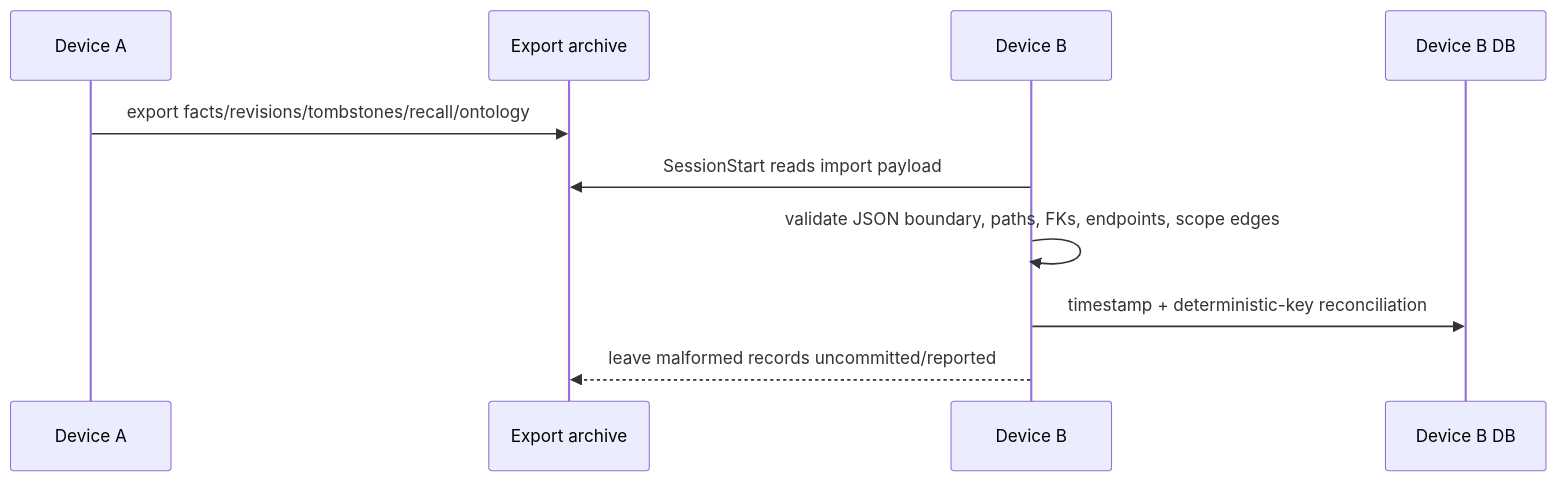
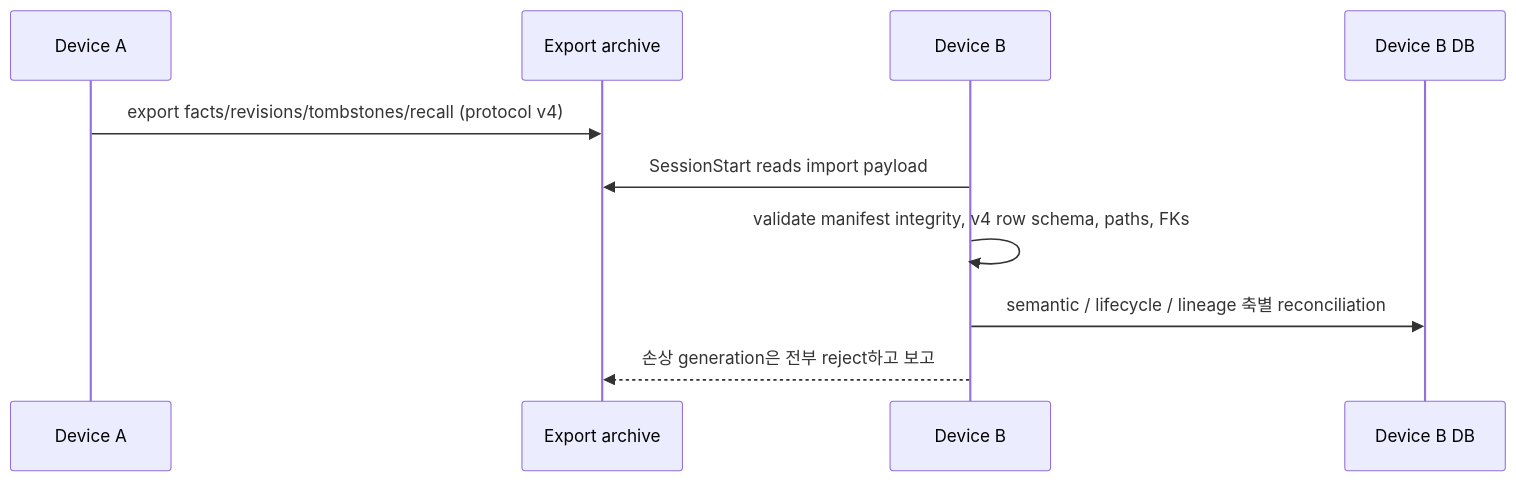
The third of 3 diagrams in docs/CONVERSATION-LIFECYCLE.md (BongSuCHOI/memex), drawn with Mermaid before and after one commit. The commit also changed other lines of this file and 3 other files, not shown here.

Commit message:
docs(audit): record protocol v4 contracts across schema, lifecycle and knowledge docs

````diff
--- a/docs/CONVERSATION-LIFECYCLE.md
+++ b/docs/CONVERSATION-LIFECYCLE.md
@@ -180,12 +180,12 @@
 ```mermaid
 sequenceDiagram
     participant A as Device A
     participant E as Export archive
     participant B as Device B
     participant D as Device B DB
-    A->>E: export facts/revisions/tombstones/recall/ontology
+    A->>E: export facts/revisions/tombstones/recall (protocol v4)
     B->>E: SessionStart reads import payload
-    B->>B: validate JSON boundary, paths, FKs, endpoints, scope edges
-    B->>D: timestamp + deterministic-key reconciliation
-    B-->>E: leave malformed records uncommitted/reported
+    B->>B: validate manifest integrity, v4 row schema, paths, FKs
+    B->>D: semantic / lifecycle / lineage 축별 reconciliation
+    B-->>E: 손상 generation은 전부 reject하고 보고
 ```
````
